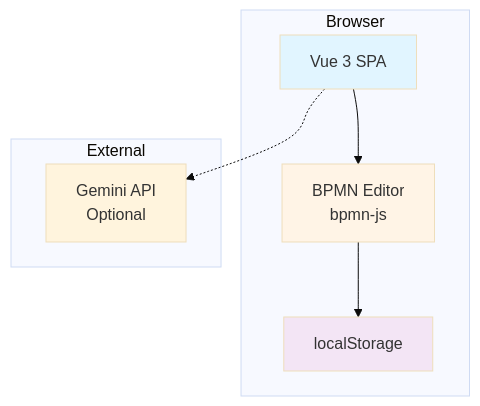
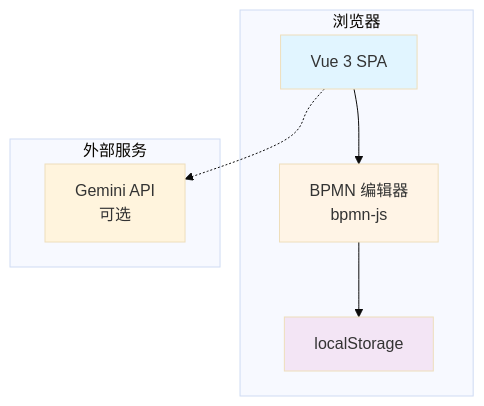
Before and after one commit to liushuai0109/workflow-engine: the first of 14 diagrams in openspec/changes/archive/2025-12-19-add-lifecycle-operations-foundation/ARCHITECTURE.md, drawn with Mermaid (base theme). The commit also changed other lines of this file and 12 other files, not shown here.

````diff
--- a/openspec/changes/archive/2025-12-19-add-lifecycle-operations-foundation/ARCHITECTURE.md
+++ b/openspec/changes/archive/2025-12-19-add-lifecycle-operations-foundation/ARCHITECTURE.md
@@ -7,21 +7,21 @@
 ```mermaid
 graph TB
-    subgraph "Browser"
+    subgraph "浏览器"
         UI[Vue 3 SPA]
-        Editor[BPMN Editor<br/>bpmn-js]
+        Editor[BPMN 编辑器<br/>bpmn-js]
         Storage[localStorage]
 
         UI --> Editor
         Editor --> Storage
     end
 
-    subgraph "External"
-        LLM[Gemini API<br/>Optional]
+    subgraph "外部服务"
+        LLM[Gemini API<br/>可选]
     end
 
     UI -.-> LLM
 
     style UI fill:#e1f5ff
     style Editor fill:#fff4e6
     style Storage fill:#f3e5f5
 ```
````
